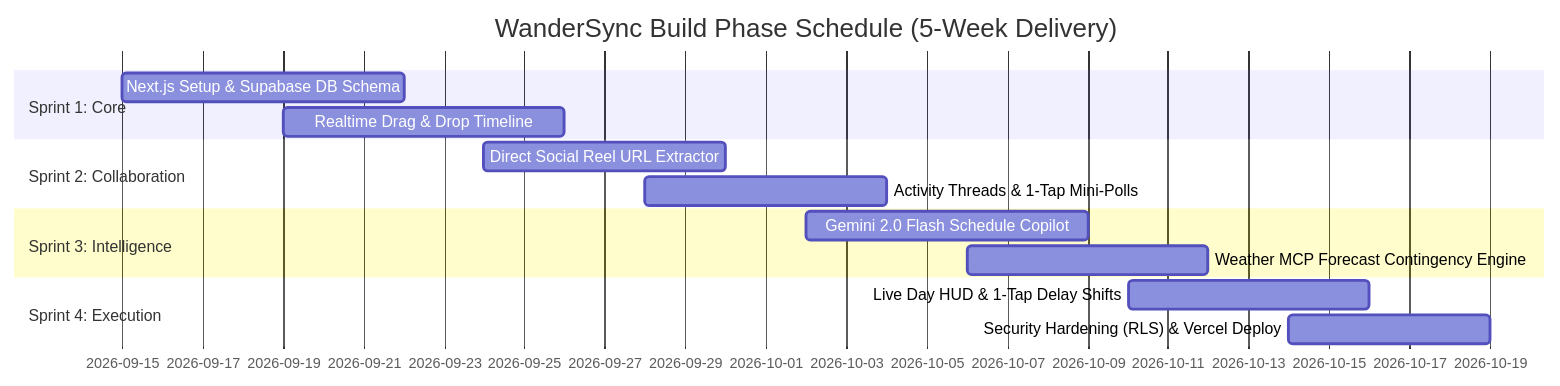
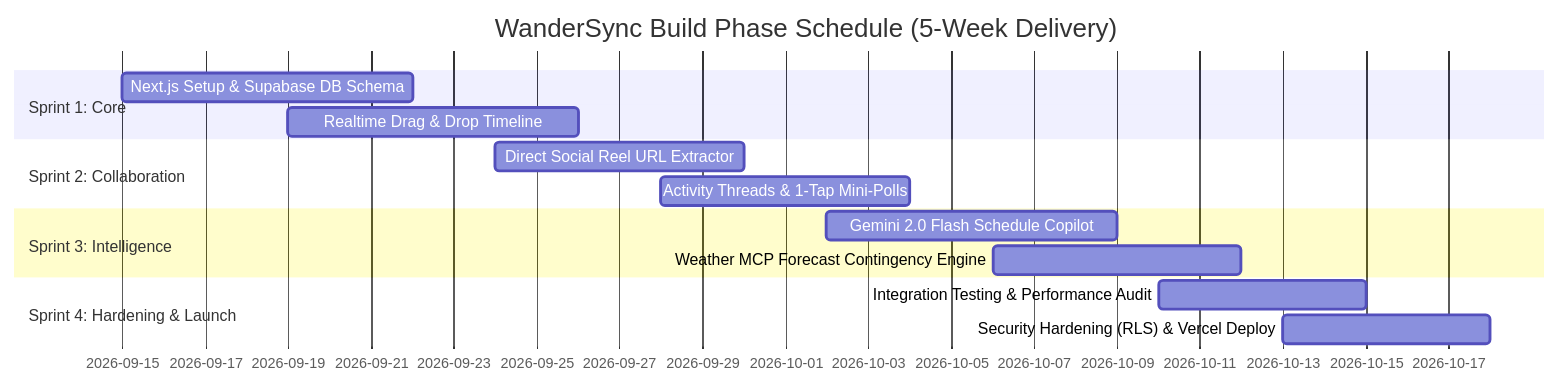
The third of 3 diagrams in README.md (Clarence000000/travel-planner), drawn with Mermaid before and after one commit. The commit also changed other lines of this file, not shown here.

````diff
--- a/README.md
+++ b/README.md
@@ -195,17 +192,17 @@
 ```mermaid
 gantt
     title WanderSync Build Phase Schedule (5-Week Delivery)
     dateFormat  YYYY-MM-DD
     section Sprint 1: Core
     Next.js Setup & Supabase DB Schema       :2026-09-15, 7d
     Realtime Drag & Drop Timeline            :2026-09-19, 7d
     section Sprint 2: Collaboration
     Direct Social Reel URL Extractor         :2026-09-24, 6d
     Activity Threads & 1-Tap Mini-Polls     :2026-09-28, 6d
     section Sprint 3: Intelligence
     Gemini 2.0 Flash Schedule Copilot        :2026-10-02, 7d
     Weather MCP Forecast Contingency Engine  :2026-10-06, 6d
-    section Sprint 4: Execution
-    Live Day HUD & 1-Tap Delay Shifts        :2026-10-10, 6d
-    Security Hardening (RLS) & Vercel Deploy :2026-10-14, 5d
+    section Sprint 4: Hardening & Launch
+    Integration Testing & Performance Audit  :2026-10-10, 5d
+    Security Hardening (RLS) & Vercel Deploy :2026-10-13, 5d
 ```
````
